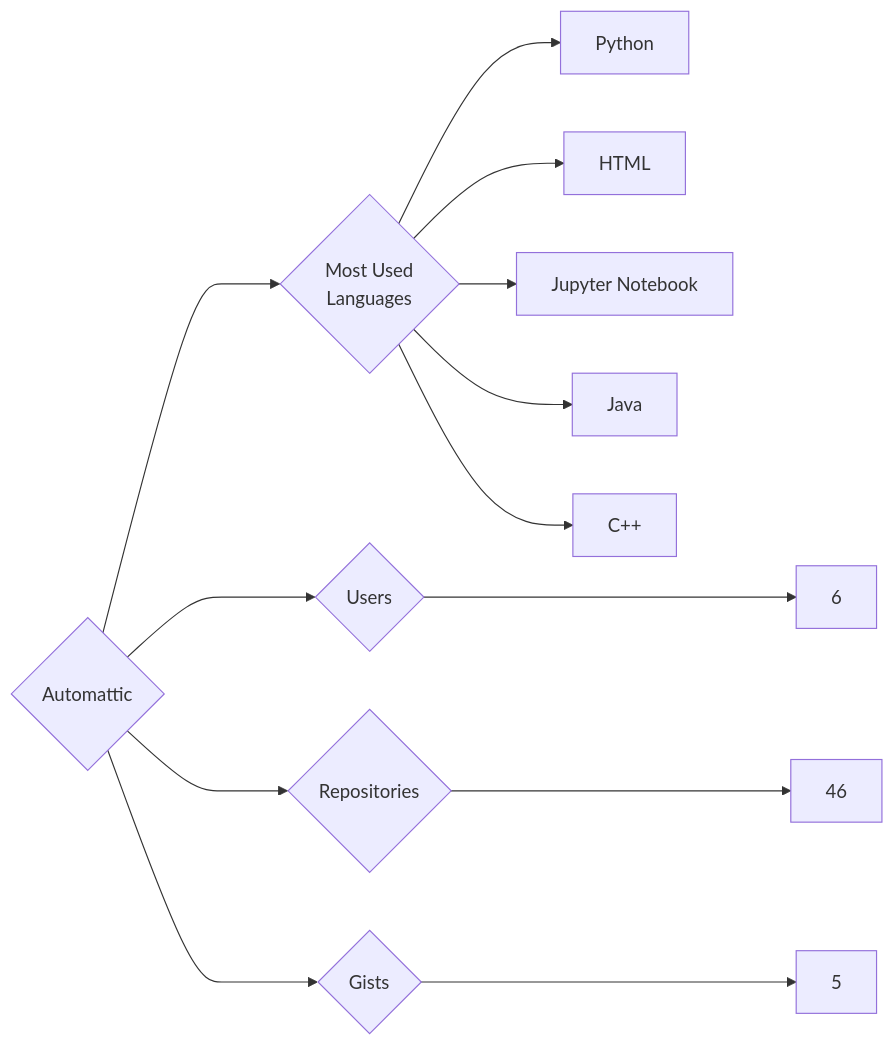
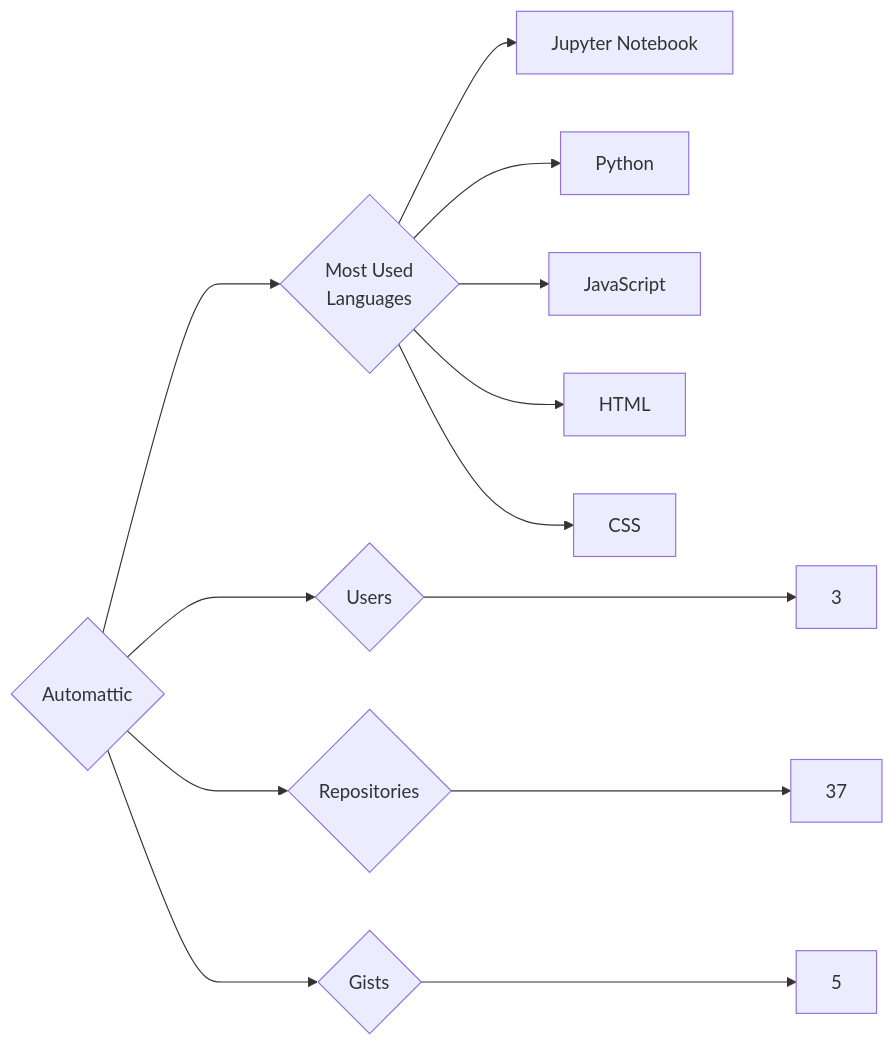
The diagram in targets/Automattic/README.md (trickest/insiders), drawn with Mermaid before and after one commit. The commit also changed 993 other files, not shown here.

````diff
--- a/targets/Automattic/README.md
+++ b/targets/Automattic/README.md
@@ -3,13 +3,13 @@
 ```mermaid
 graph LR
 COMPANY_NAME{Automattic}
-COMPANY_NAME ---> U{Users} ---> UN[6]
-COMPANY_NAME ---> R{Repositories} ---> RN[46]
+COMPANY_NAME ---> U{Users} ---> UN[3]
+COMPANY_NAME ---> R{Repositories} ---> RN[37]
 COMPANY_NAME ---> G{Gists} ---> GN[5]
 COMPANY_NAME ---> ML{Most Used<br>Languages}
+ML --> Jupyter_Notebook[Jupyter Notebook]
 ML --> Python[Python]
+ML --> JavaScript[JavaScript]
 ML --> HTML[HTML]
-ML --> Jupyter_Notebook[Jupyter Notebook]
-ML --> Java[Java]
-ML --> C++[C++]
+ML --> CSS[CSS]
 ```
````
